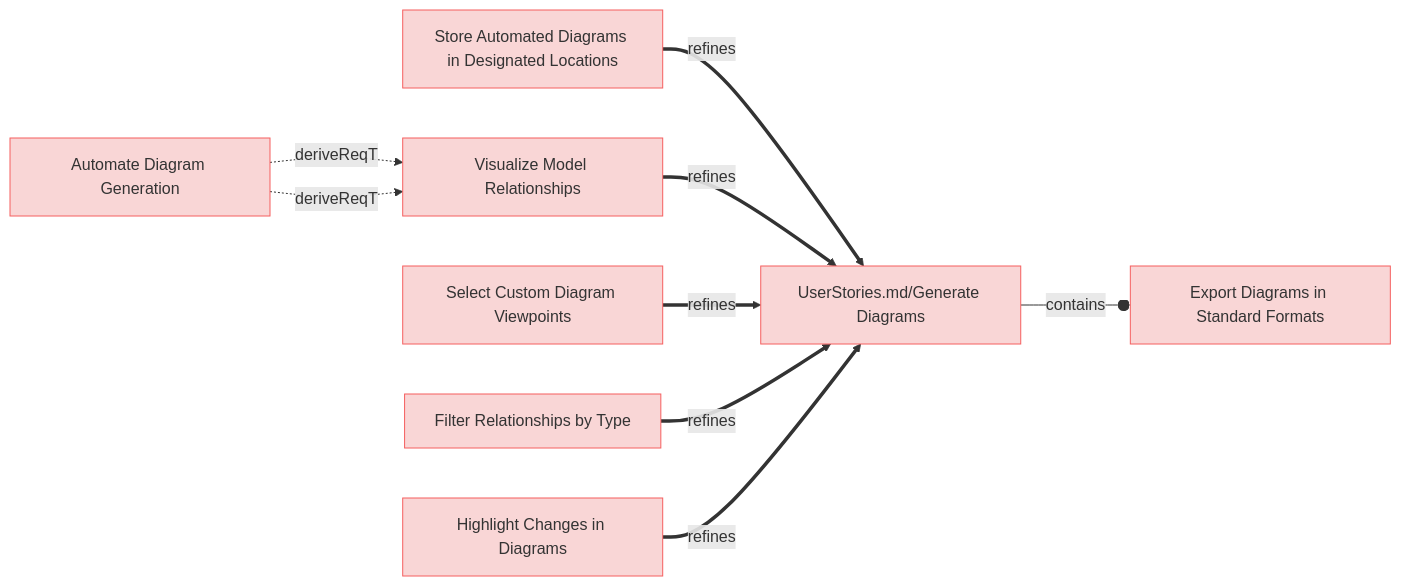
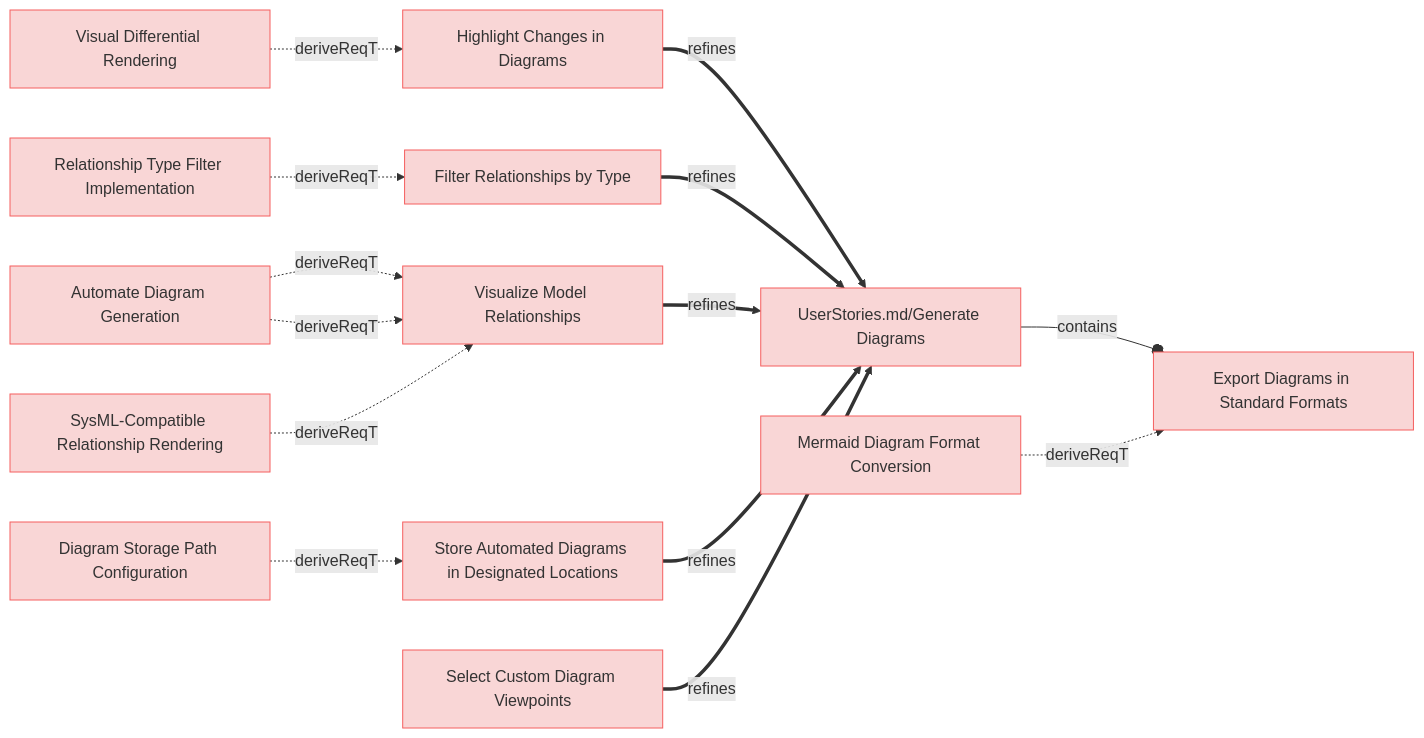
The first of 10 diagrams in specifications/UserRequirements.md (reqvire-org/reqvire), drawn with Mermaid before and after one commit. The commit also changed other lines of this file and 11 other files, not shown here.

````diff
--- a/specifications/UserRequirements.md
+++ b/specifications/UserRequirements.md
@@ -100,41 +4,61 @@
 ```mermaid
 graph LR;
   %% Graph styling
   classDef requirement fill:#f9d6d6,stroke:#f55f5f,stroke-width:1px;
   classDef verification fill:#d6f9d6,stroke:#5fd75f,stroke-width:1px;
   classDef externalLink fill:#d0e0ff,stroke:#3080ff,stroke-width:1px;
   classDef default fill:#f5f5f5,stroke:#333333,stroke-width:1px;
 
-  aee397f35b["Store Automated Diagrams in Designated Locations"];
-  click aee397f35b "UserRequirements.md#store-automated-diagrams-in-designated-locations";
-  class aee397f35b requirement;
+  fd7388e379["Highlight Changes in Diagrams"];
+  click fd7388e379 "UserRequirements.md#highlight-changes-in-diagrams";
+  class fd7388e379 requirement;
   cf0026c2fe["UserStories.md/Generate Diagrams"];
   class cf0026c2fe requirement;
   click cf0026c2fe "UserStories.md#generate-diagrams";
-  aee397f35b ==>|refines| cf0026c2fe;
+  fd7388e379 ==>|refines| cf0026c2fe;
+  9860815d52["Visual Differential Rendering"];
+  class 9860815d52 requirement;
+  click 9860815d52 "SystemRequirements/Requirements.md#visual-differential-rendering";
+  9860815d52 -.->|deriveReqT| fd7388e379;
   10c00a1bd1["Export Diagrams in Standard Formats"];
   click 10c00a1bd1 "UserRequirements.md#export-diagrams-in-standard-formats";
   class 10c00a1bd1 requirement;
   cf0026c2fe --o|contains| 10c00a1bd1;
+  a7ec66314a["Mermaid Diagram Format Conversion"];
+  class a7ec66314a requirement;
+  click a7ec66314a "SystemRequirements/Requirements.md#mermaid-diagram-format-conversion";
+  a7ec66314a -.->|deriveReqT| 10c00a1bd1;
+  30d97803eb["Filter Relationships by Type"];
+  click 30d97803eb "UserRequirements.md#filter-relationships-by-type";
+  class 30d97803eb requirement;
+  30d97803eb ==>|refines| cf0026c2fe;
+  1414e7f889["Relationship Type Filter Implementation"];
+  class 1414e7f889 requirement;
+  click 1414e7f889 "SystemRequirements/Requirements.md#relationship-type-filter-implementation";
+  1414e7f889 -.->|deriveReqT| 30d97803eb;
+  81f9235ded["Automate Diagram Generation"];
+  click 81f9235ded "UserRequirements.md#automate-diagram-generation";
+  class 81f9235ded requirement;
   a6a8362836["Visualize Model Relationships"];
+  class a6a8362836 requirement;
   click a6a8362836 "UserRequirements.md#visualize-model-relationships";
-  class a6a8362836 requirement;
+  81f9235ded -.->|deriveReqT| a6a8362836;
   a6a8362836 ==>|refines| cf0026c2fe;
-  81f9235ded["Automate Diagram Generation"];
-  class 81f9235ded requirement;
-  click 81f9235ded "UserRequirements.md#automate-diagram-generation";
+  c826c1ee7c["SysML-Compatible Relationship Rendering"];
+  class c826c1ee7c requirement;
+  click c826c1ee7c "SystemRequirements/Requirements.md#sysml-compatible-relationship-rendering";
+  c826c1ee7c -.->|deriveReqT| a6a8362836;
   81f9235ded -.->|deriveReqT| a6a8362836;
+  aee397f35b["Store Automated Diagrams in Designated Locations"];
+  click aee397f35b "UserRequirements.md#store-automated-diagrams-in-designated-locations";
+  class aee397f35b requirement;
+  aee397f35b ==>|refines| cf0026c2fe;
+  191d27287e["Diagram Storage Path Configuration"];
+  class 191d27287e requirement;
+  click 191d27287e "SystemRequirements/Requirements.md#diagram-storage-path-configuration";
+  191d27287e -.->|deriveReqT| aee397f35b;
   30053341d8["Select Custom Diagram Viewpoints"];
   click 30053341d8 "UserRequirements.md#select-custom-diagram-viewpoints";
   class 30053341d8 requirement;
   30053341d8 ==>|refines| cf0026c2fe;
-  30d97803eb["Filter Relationships by Type"];
-  click 30d97803eb "UserRequirements.md#filter-relationships-by-type";
-  class 30d97803eb requirement;
-  30d97803eb ==>|refines| cf0026c2fe;
-  81f9235ded -.->|deriveReqT| a6a8362836;
-  fd7388e379["Highlight Changes in Diagrams"];
-  click fd7388e379 "UserRequirements.md#highlight-changes-in-diagrams";
-  class fd7388e379 requirement;
-  fd7388e379 ==>|refines| cf0026c2fe;
 ```
````
